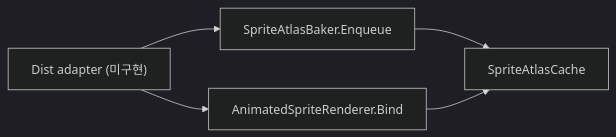
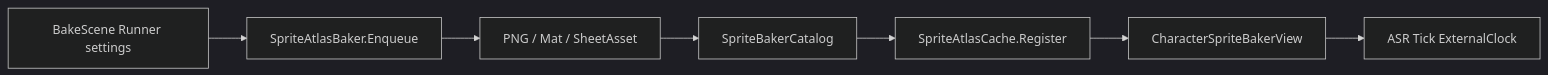
One commit to garunnir/Project_Pictureless changed the diagram in docs/spritebaker/SPRITEBAKER.md. Above: the diagram before and after it, drawn with Mermaid (dark theme). The commit also changed other lines of this file and 66 other files, not shown here.

````diff
--- a/docs/spritebaker/SPRITEBAKER.md
+++ b/docs/spritebaker/SPRITEBAKER.md
@@ -16,7 +18,9 @@
 ```mermaid
 flowchart LR
-    DistAdapter["Dist adapter (미구현)"] --> Enqueue["SpriteAtlasBaker.Enqueue"]
-    DistAdapter --> Bind["AnimatedSpriteRenderer.Bind"]
-    Enqueue --> Cache["SpriteAtlasCache"]
-    Bind --> Cache
+    BakeScene["BakeScene Runner settings"] --> Enqueue["SpriteAtlasBaker.Enqueue"]
+    Enqueue --> Export["PNG / Mat / SheetAsset"]
+    Export --> Catalog["SpriteBakerCatalog"]
+    Catalog --> Register["SpriteAtlasCache.Register"]
+    Register --> View["CharacterSpriteBakerView"]
+    View --> ASR["ASR Tick ExternalClock"]
 ```
````
